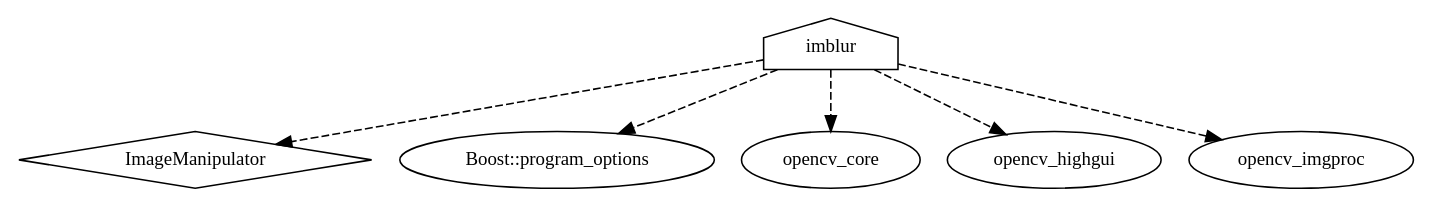
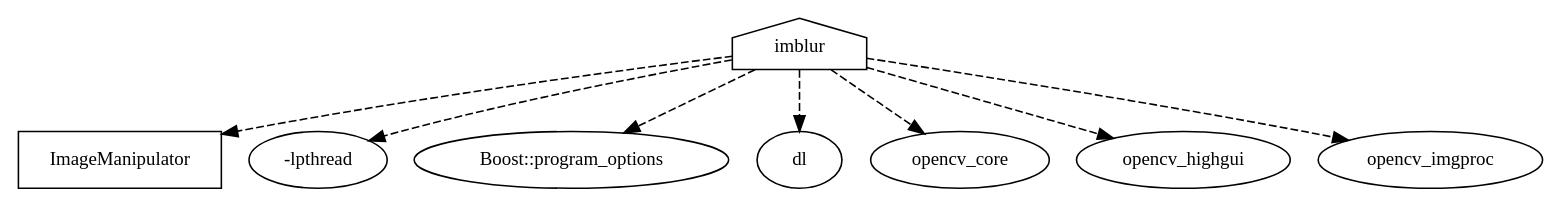
The diagram in build/deps.dot (sriniv27/imblur), drawn with Graphviz before and after one commit. The commit also changed 26 other files, not shown here.

```diff
--- a/build/deps.dot
+++ b/build/deps.dot
@@ -1,16 +1,20 @@
 digraph "GG" {
 node [
   fontsize = "12"
 ];
-    "node4" [ label="ImageManipulator" shape="diamond"];
-    "node2" [ label="imblur" shape="house"];
-    "node8" [ label="Boost::program_options" shape="ellipse"];
-    "node2" -> "node8"[style = dashed] // imblur -> Boost::program_options
-    "node2" -> "node4"[style = dashed] // imblur -> ImageManipulator
-    "node5" [ label="opencv_core" shape="ellipse"];
-    "node2" -> "node5"[style = dashed] // imblur -> opencv_core
-    "node7" [ label="opencv_highgui" shape="ellipse"];
-    "node2" -> "node7"[style = dashed] // imblur -> opencv_highgui
-    "node6" [ label="opencv_imgproc" shape="ellipse"];
-    "node2" -> "node6"[style = dashed] // imblur -> opencv_imgproc
+    "node2" [ label="ImageManipulator" shape="polygon"];
+    "node4" [ label="imblur" shape="house"];
+    "node8" [ label="-lpthread" shape="ellipse"];
+    "node4" -> "node8"[style = dashed] // imblur -> -lpthread
+    "node12" [ label="Boost::program_options" shape="ellipse"];
+    "node4" -> "node12"[style = dashed] // imblur -> Boost::program_options
+    "node4" -> "node2"[style = dashed] // imblur -> ImageManipulator
+    "node7" [ label="dl" shape="ellipse"];
+    "node4" -> "node7"[style = dashed] // imblur -> dl
+    "node9" [ label="opencv_core" shape="ellipse"];
+    "node4" -> "node9"[style = dashed] // imblur -> opencv_core
+    "node11" [ label="opencv_highgui" shape="ellipse"];
+    "node4" -> "node11"[style = dashed] // imblur -> opencv_highgui
+    "node10" [ label="opencv_imgproc" shape="ellipse"];
+    "node4" -> "node10"[style = dashed] // imblur -> opencv_imgproc
 }
```
